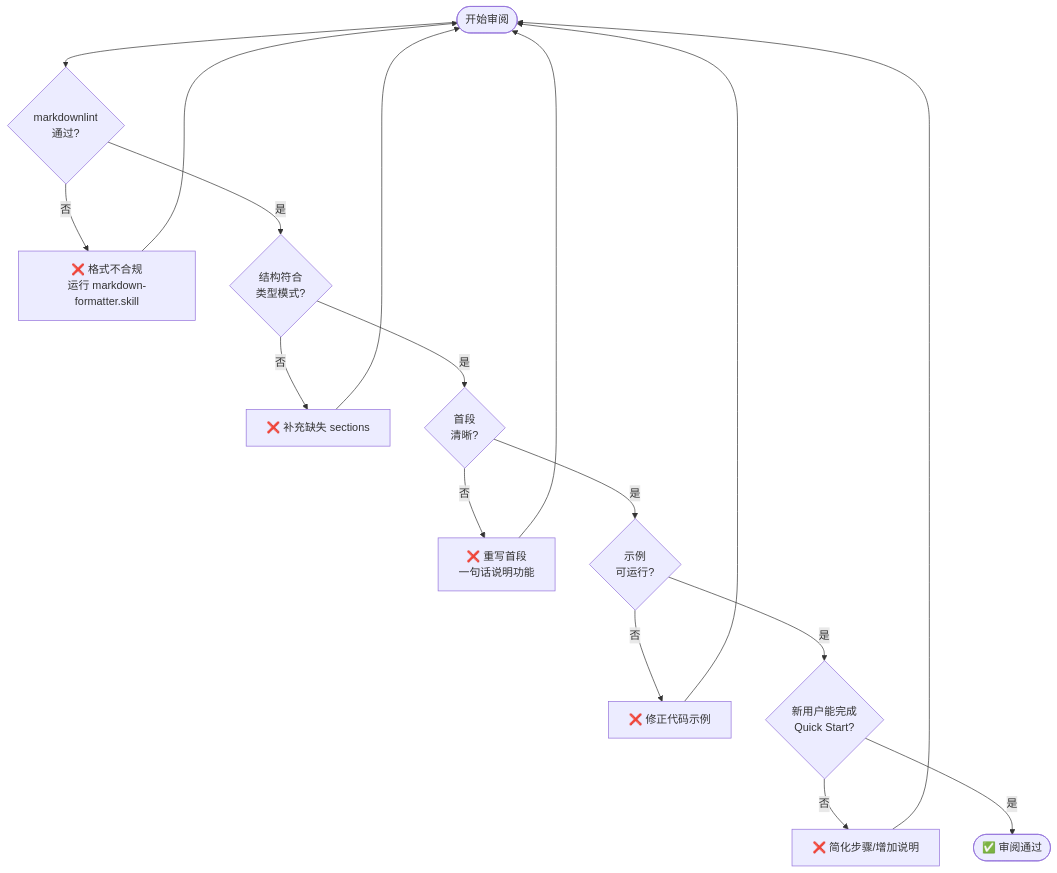
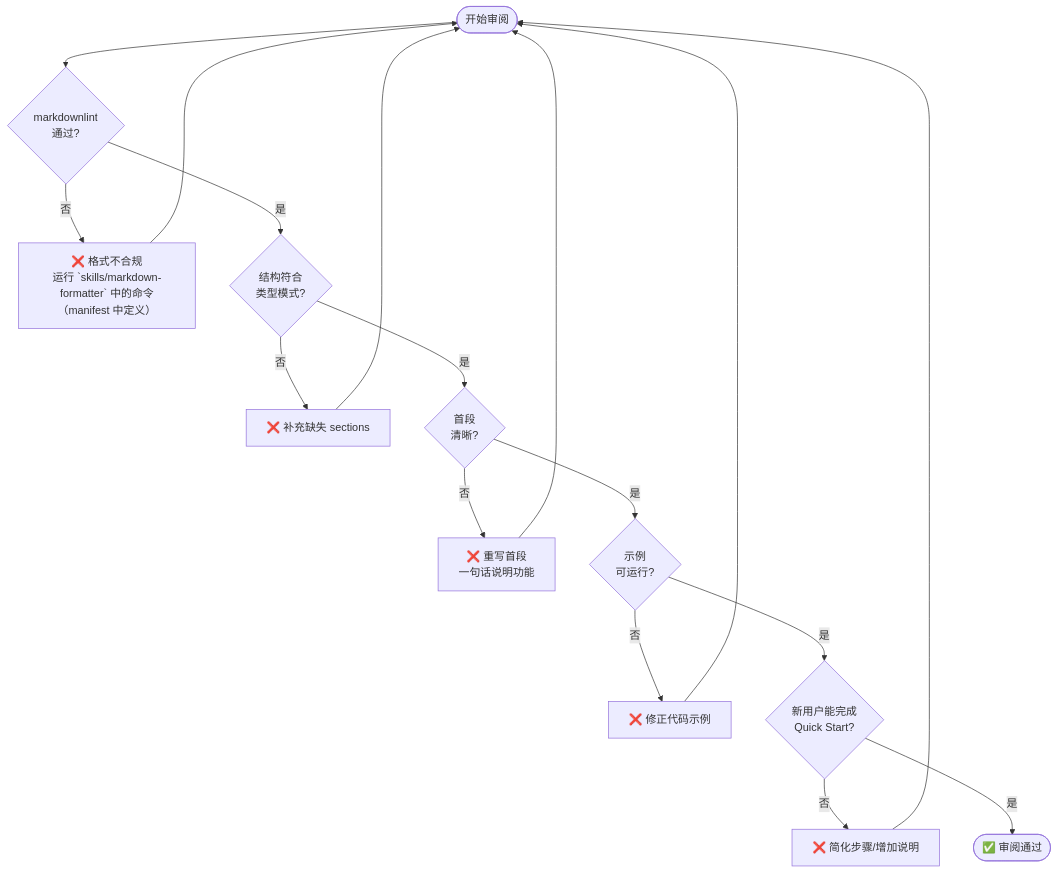
Before and after one commit to hailingu/llm-prompts: the second of 2 diagrams in .github/agents/markdown-writer-specialist.agent.md, drawn with Mermaid. The commit also changed other lines of this file and 15 other files, not shown here.

Commit message:
chore(skills): remove single-file markdown-formatter.skill.md; migrate to directory-based skill and update agent references

````diff
--- a/.github/agents/markdown-writer-specialist.agent.md
+++ b/.github/agents/markdown-writer-specialist.agent.md
@@ -463,20 +467,20 @@
 ```mermaid
 flowchart TD
     Start([开始审阅]) --> Check1{markdownlint<br/>通过?}
-    Check1 -->|否| Fail1[❌ 格式不合规<br/>运行 markdown-formatter.skill]
+    Check1 -->|否| Fail1[❌ 格式不合规<br/>运行 `skills/markdown-formatter` 中的命令（manifest 中定义）]
     Check1 -->|是| Check2{结构符合<br/>类型模式?}
     Check2 -->|否| Fail2[❌ 补充缺失 sections]
     Check2 -->|是| Check3{首段<br/>清晰?}
     Check3 -->|否| Fail3[❌ 重写首段<br/>一句话说明功能]
     Check3 -->|是| Check4{示例<br/>可运行?}
     Check4 -->|否| Fail4[❌ 修正代码示例]
     Check4 -->|是| Check5{新用户能完成<br/>Quick Start?}
     Check5 -->|否| Fail5[❌ 简化步骤/增加说明]
     Check5 -->|是| Pass([✅ 审阅通过])
     
     Fail1 --> Start
     Fail2 --> Start
     Fail3 --> Start
     Fail4 --> Start
     Fail5 --> Start
 ```
````
